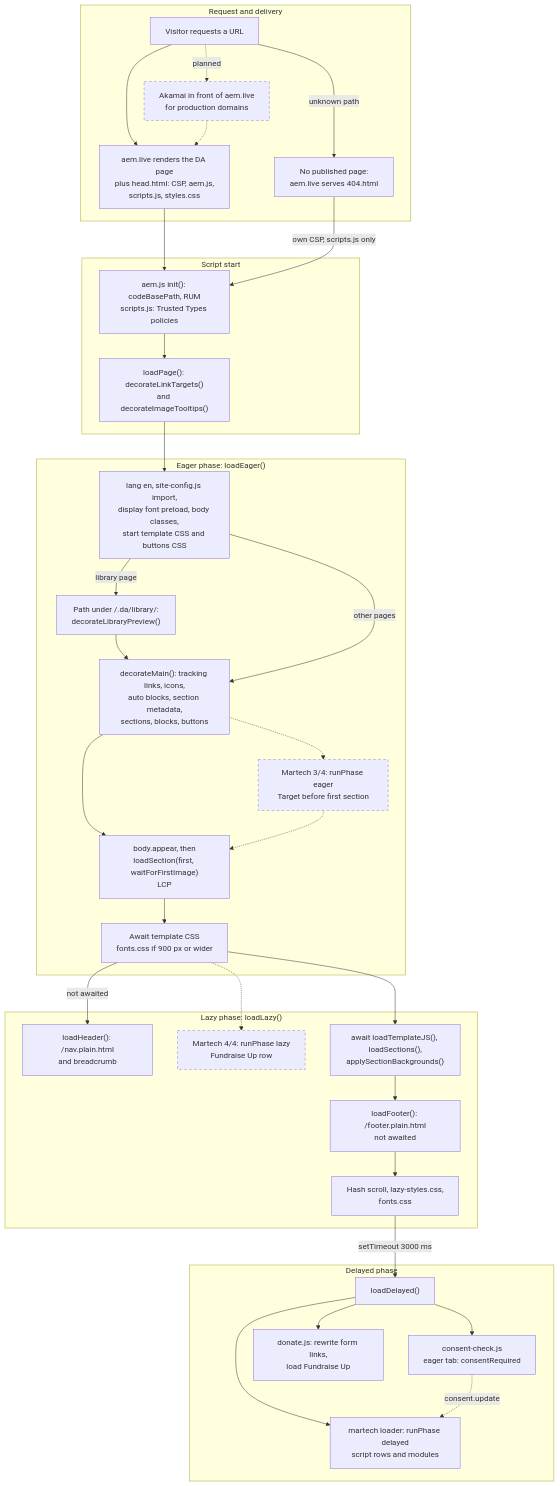
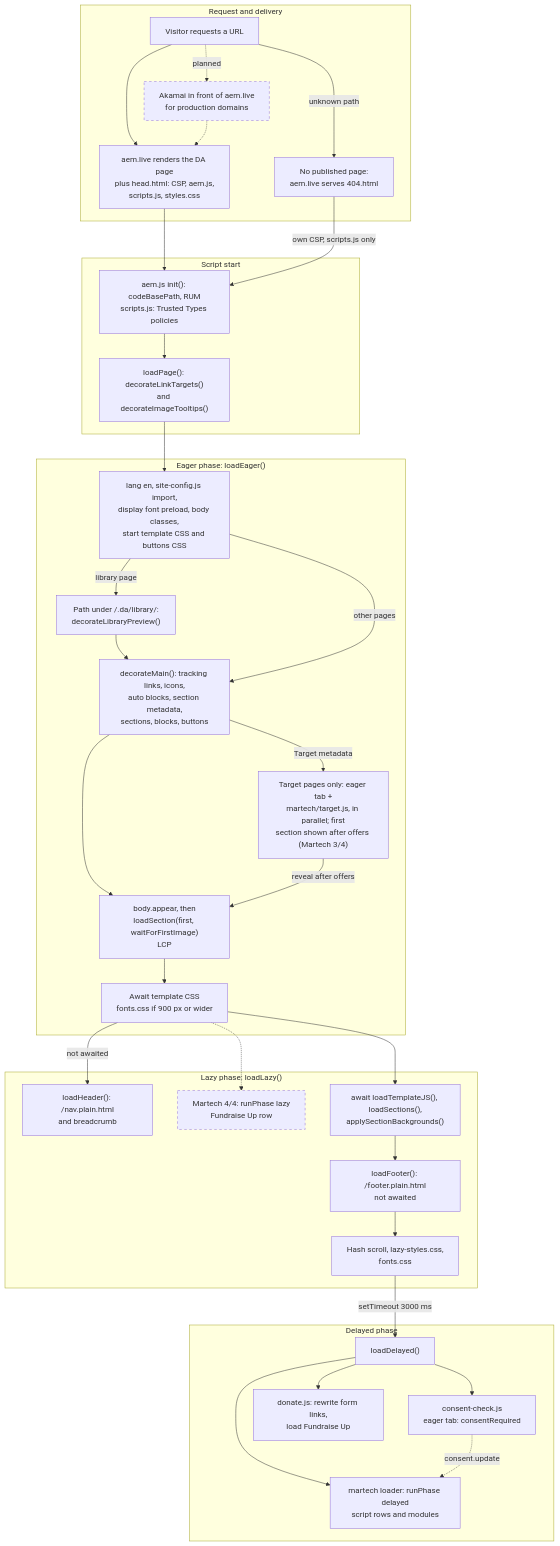
Before and after one commit to aman-kumar24-dev/usta-foundation-site: the second of 8 diagrams in docs/flow.md, drawn with Mermaid. The commit also changed other lines of this file and 11 other files, not shown here.

First line of the commit message:
Martech 3/4: Adobe Target (at.js) as an eager-tab module (#17)

````diff
--- a/docs/flow.md
+++ b/docs/flow.md
@@ -71,60 +71,60 @@
 ```mermaid
 flowchart TD
   classDef planned stroke-dasharray: 5 5
   subgraph Delivery["Request and delivery"]
     A["Visitor requests a URL"]
     W["Akamai in front of aem.live<br/>for production domains"]:::planned
     B["aem.live renders the DA page<br/>plus head.html: CSP, aem.js,<br/>scripts.js, styles.css"]
     X["No published page:<br/>aem.live serves 404.html"]
   end
   subgraph Boot["Script start"]
     C["aem.js init(): codeBasePath, RUM<br/>scripts.js: Trusted Types policies"]
     D["loadPage(): decorateLinkTargets()<br/>and decorateImageTooltips()"]
   end
   subgraph Eager["Eager phase: loadEager()"]
     E["lang en, site-config.js import,<br/>display font preload, body classes,<br/>start template CSS and buttons CSS"]
     G["Path under /.da/library/:<br/>decorateLibraryPreview()"]
     H["decorateMain(): tracking links, icons,<br/>auto blocks, section metadata,<br/>sections, blocks, buttons"]
-    T["Martech 3/4: runPhase eager<br/>Target before first section"]:::planned
+    T["Target pages only: eager tab +<br/>martech/target.js, in parallel; first<br/>section shown after offers (Martech 3/4)"]
     I["body.appear, then<br/>loadSection(first, waitForFirstImage)<br/>LCP"]
     J["Await template CSS<br/>fonts.css if 900 px or wider"]
   end
   subgraph Lazy["Lazy phase: loadLazy()"]
     K["loadHeader(): /nav.plain.html<br/>and breadcrumb"]
     U["Martech 4/4: runPhase lazy<br/>Fundraise Up row"]:::planned
     L["await loadTemplateJS(), loadSections(),<br/>applySectionBackgrounds()"]
     M["loadFooter(): /footer.plain.html<br/>not awaited"]
     N["Hash scroll, lazy-styles.css,<br/>fonts.css"]
   end
   subgraph Delayed["Delayed phase"]
     R["loadDelayed()"]
     O["consent-check.js<br/>eager tab: consentRequired"]
     P["donate.js: rewrite form links,<br/>load Fundraise Up"]
     Q["martech loader: runPhase delayed<br/>script rows and modules"]
   end
   A --> B
   A -.->|"planned"| W
   W -.-> B
   A -->|"unknown path"| X
   B --> C
   X -->|"own CSP, scripts.js only"| C
   C --> D
   D --> E
   E -->|"library page"| G
   G --> H
   E -->|"other pages"| H
   H --> I
-  H -.-> T
-  T -.-> I
+  H -->|"Target metadata"| T
+  T -->|"reveal after offers"| I
   I --> J
   J -->|"not awaited"| K
   J -.-> U
   J --> L
   L --> M
   M --> N
   N -->|"setTimeout 3000 ms"| R
   R --> O
   R --> P
   R --> Q
   O -.->|"consent.update"| Q
 ```
````
